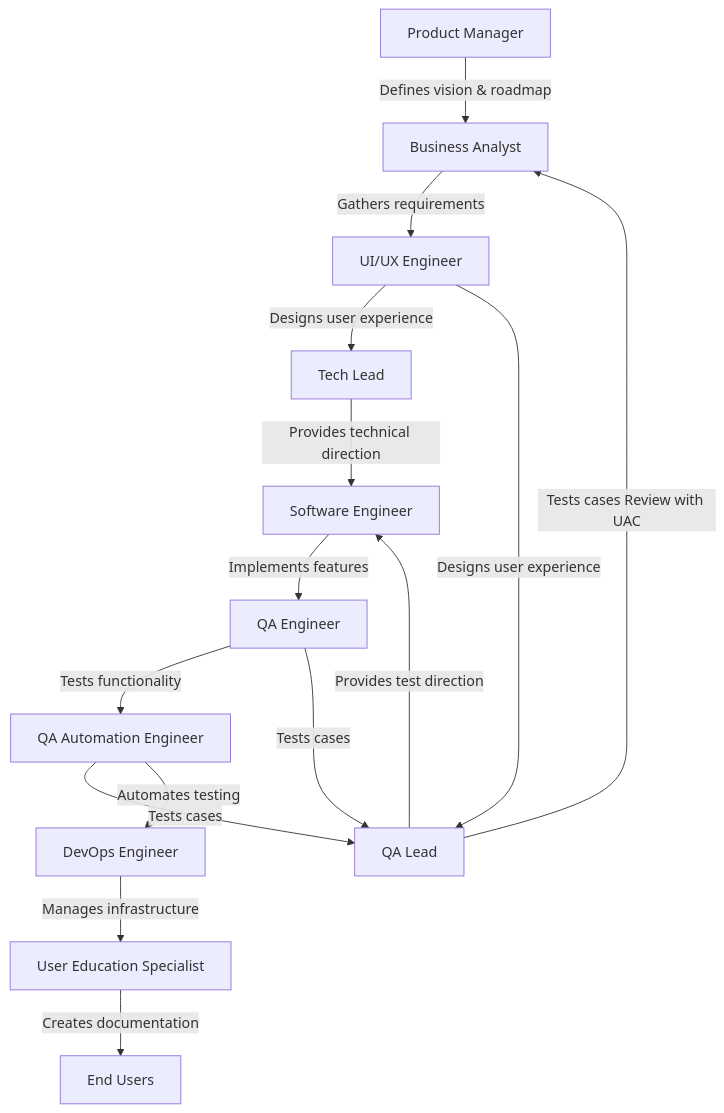
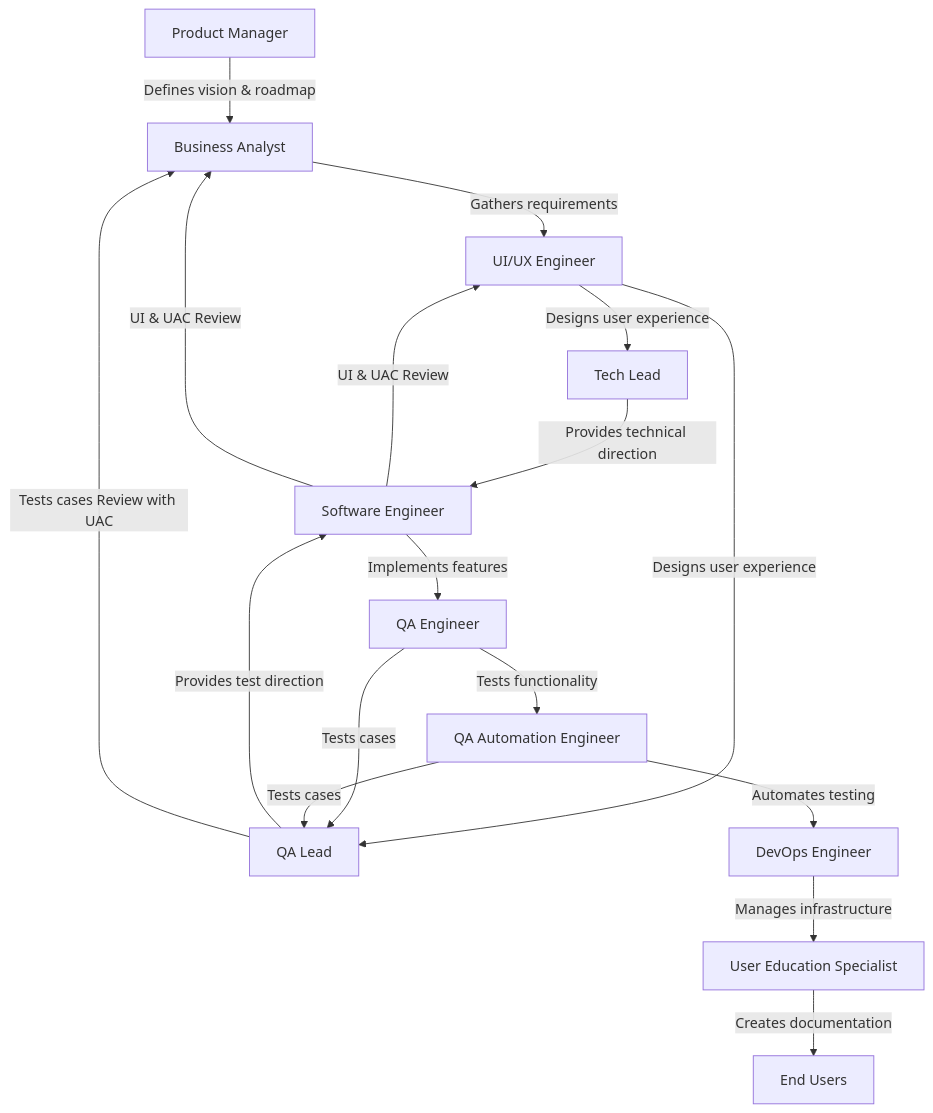
Before and after one commit to utpal-maiti/utpal-maiti: the second of 2 diagrams in InterviewQuestionsAnswers/SDLC/README.md, drawn with Mermaid.

````diff
--- a/InterviewQuestionsAnswers/SDLC/README.md
+++ b/InterviewQuestionsAnswers/SDLC/README.md
@@ -170,17 +170,19 @@
 ```mermaid
 flowchart TD
     A[Product Manager]              -->|Defines vision & roadmap    | B[Business Analyst]
     B[Business Analyst]             -->|Gathers requirements        | C[UI/UX Engineer]
     C[UI/UX Engineer]               -->|Designs user experience     | D[Tech Lead]
     C[UI/UX Engineer]               -->|Designs user experience     | K[QA Lead]
     D[Tech Lead]                    -->|Provides technical direction| E[Software Engineer]
     K[QA Lead]                      -->|Provides test direction     | E[Software Engineer]
-    K[QA Lead]                      -->|Tests cases Review with UAC     | B[Business Analyst]
+    K[QA Lead]                      -->|Tests cases Review with UAC | B[Business Analyst]
     E[Software Engineer]            -->|Implements features         | F[QA Engineer]
+    E[Software Engineer]            -->|UI & UAC Review             | C[UI/UX Engineer]
+    E[Software Engineer]            -->|UI & UAC Review             | B[Business Analyst]
     F[QA Engineer]                  -->|Tests functionality         | G[QA Automation Engineer]
     F[QA Engineer]                  -->|Tests cases                 | K[QA Lead]
     G[QA Automation Engineer]       -->|Tests cases                 | K[QA Lead]
     G[QA Automation Engineer]       -->|Automates testing           | H[DevOps Engineer]
     H[DevOps Engineer]              -->|Manages infrastructure      | I[User Education Specialist]
     I[User Education Specialist]    -->|Creates documentation       | J[End Users]
 ```
````
